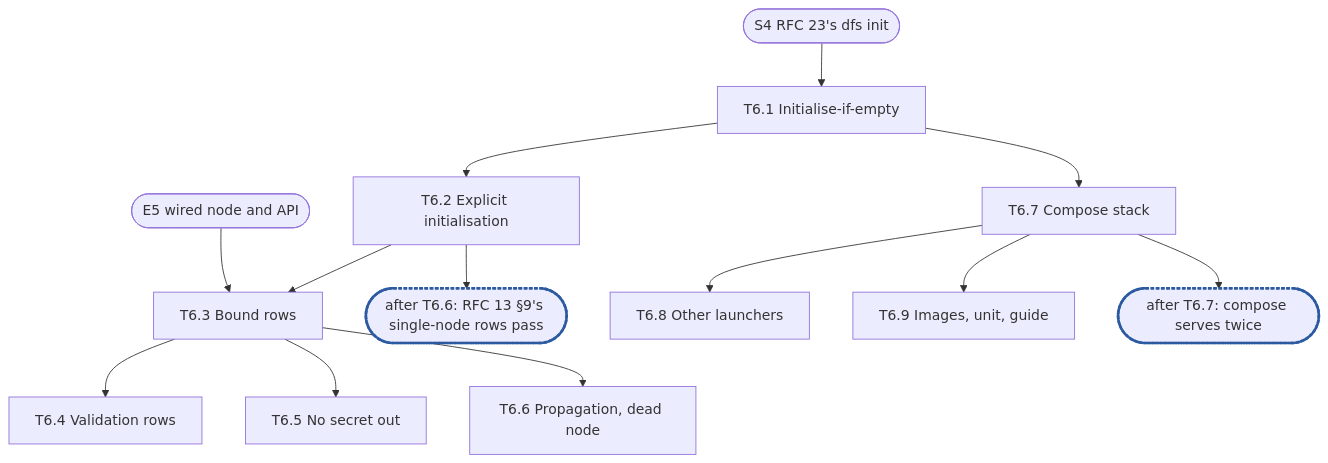
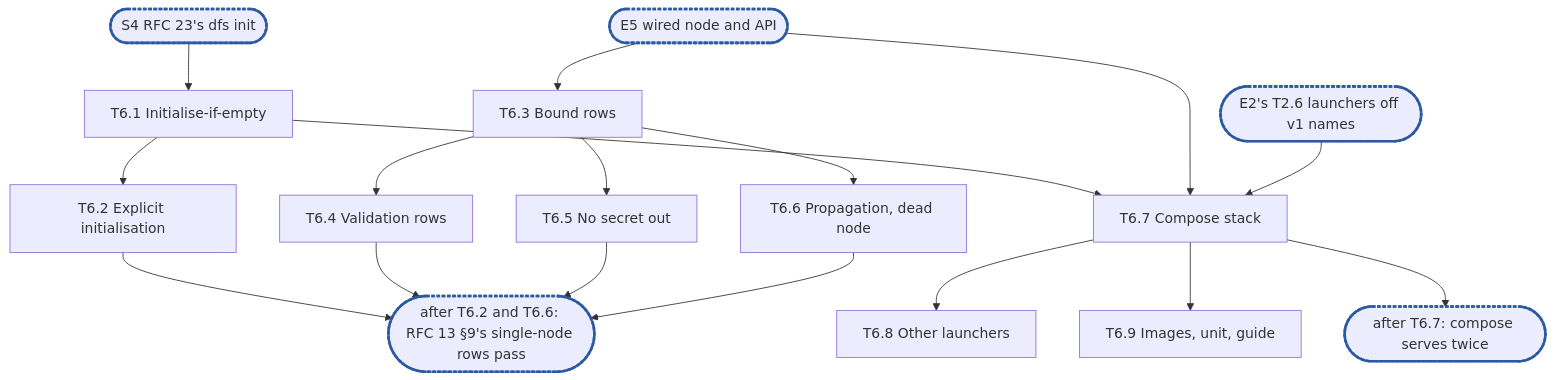
One commit to cubbit/dittofs changed the diagram in .planning/rfc-13-config-epic6.md. Above: the diagram before and after it, drawn with Mermaid. The commit also changed other lines of this file and 1 other file, not shown here.

First line of the commit message:
docs(planning): fix the epic 6 breakdown after review

````diff
--- a/.planning/rfc-13-config-epic6.md
+++ b/.planning/rfc-13-config-epic6.md
@@ -502,13 +535,13 @@
 ```mermaid
 flowchart TD
-  S4(["S4 RFC 23's dfs init"]) --> T6_1["T6.1 Initialise-if-empty"]
-  E5(["E5 wired node and API"]) --> T6_3["T6.3 Bound rows"]
+  S4(["S4 RFC 23's dfs init"]):::sync --> T6_1["T6.1 Initialise-if-empty"]
   T6_1 --> T6_2["T6.2 Explicit initialisation"]
-  T6_2 --> T6_3
+  E5(["E5 wired node and API"]):::sync --> T6_3["T6.3 Bound rows"]
   T6_3 --> T6_4["T6.4 Validation rows"] & T6_5["T6.5 No secret out"] & T6_6["T6.6 Propagation, dead node"]
-  T6_1 --> T6_7["T6.7 Compose stack"]
+  T6_2 & T6_4 & T6_5 & T6_6 --> C1(["after T6.2 and T6.6: RFC 13 §9's single-node rows pass"]):::sync
+  T6_1 & E5 --> T6_7["T6.7 Compose stack"]
+  T26(["E2's T2.6 launchers off v1 names"]):::sync --> T6_7
   T6_7 --> T6_8["T6.8 Other launchers"] & T6_9["T6.9 Images, unit, guide"]
-  T6_2 --> C1(["after T6.6: RFC 13 §9's single-node rows pass"]):::sync
   T6_7 --> C2(["after T6.7: compose serves twice"]):::sync
   classDef sync stroke:#2c5aa0,stroke-width:3px,stroke-dasharray:4 2
 ```
````
